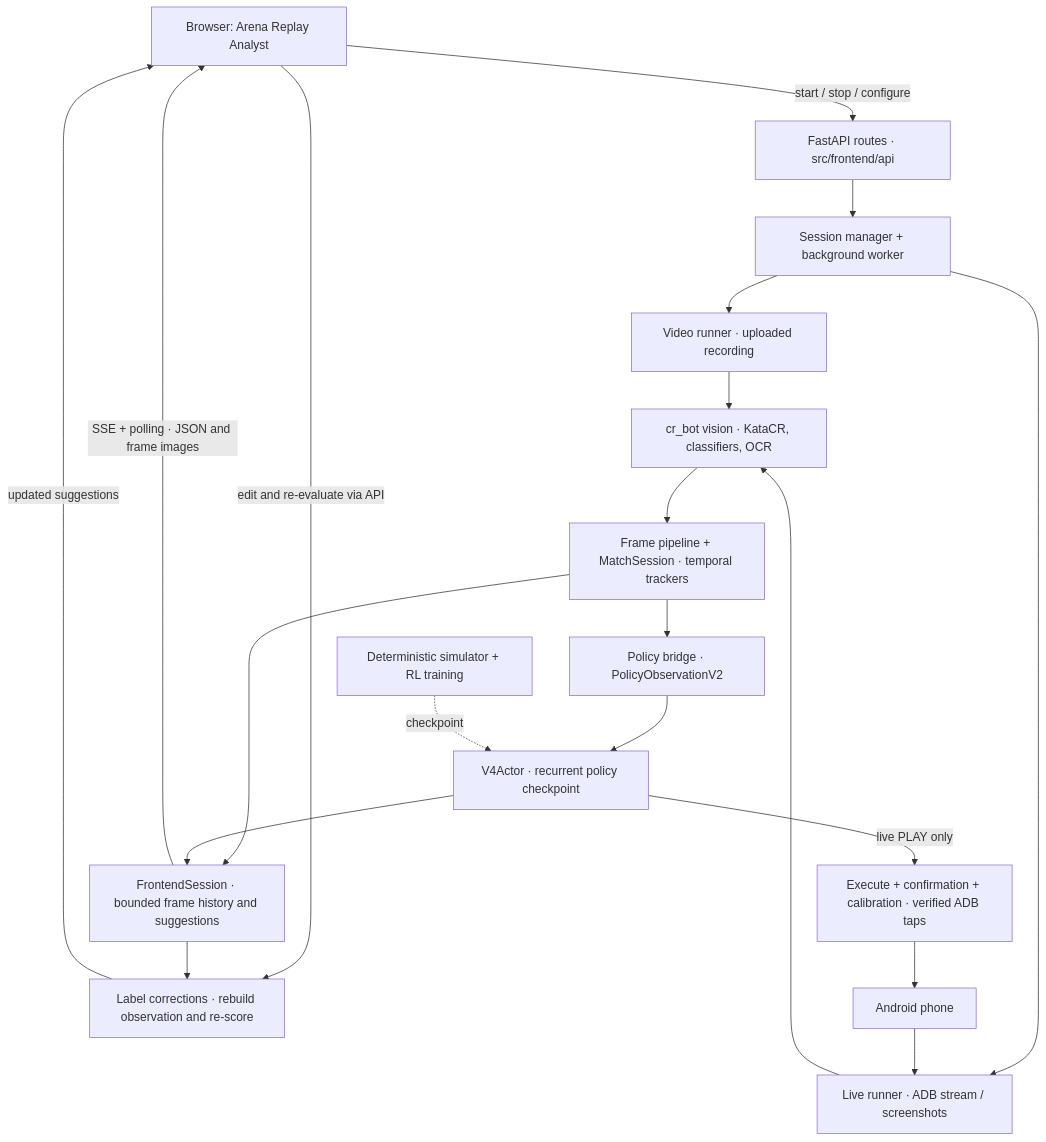
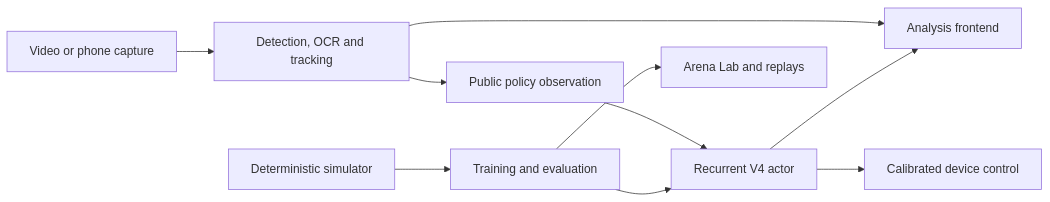
One commit to Keschler/cr-bot changed the diagram in README.md. Above: the diagram before and after it, drawn with Mermaid. The commit also changed other lines of this file and 26 other files, not shown here.

````diff
--- a/README.md
+++ b/README.md
@@ -309,34 +128,12 @@
 ```mermaid
-flowchart TD
-    UI["Browser: Arena Replay Analyst"]
-    API["FastAPI routes · src/frontend/api"]
-    Session["Session manager + background worker"]
-    Video["Video runner · uploaded recording"]
-    Live["Live runner · ADB stream / screenshots"]
-    Vision["cr_bot vision · KataCR, classifiers, OCR"]
-    Tracking["Frame pipeline + MatchSession · temporal trackers"]
-    Bridge["Policy bridge · PolicyObservationV2"]
-    Actor["V4Actor · recurrent policy checkpoint"]
-    Frames["FrontendSession · bounded frame history and suggestions"]
-    Edits["Label corrections · rebuild observation and re-score"]
-    Control["Execute + confirmation + calibration · verified ADB taps"]
-    Phone["Android phone"]
-    Training["Deterministic simulator + RL training"]
-
-    UI -->|start / stop / configure| API
-    API --> Session
-    Session --> Video
-    Session --> Live
-    Phone --> Live
-    Video --> Vision
-    Live --> Vision
-    Vision --> Tracking --> Bridge --> Actor
-    Tracking --> Frames
-    Actor --> Frames
-    Frames -->|SSE + polling · JSON and frame images| UI
-    UI -->|edit and re-evaluate via API| Edits
-    Frames --> Edits
-    Edits -->|updated suggestions| UI
-    Actor -->|live PLAY only| Control --> Phone
-    Training -.->|checkpoint| Actor
+flowchart LR
+    Input["Video or phone capture"] --> Vision["Detection, OCR and tracking"]
+    Vision --> Public["Public policy observation"]
+    Public --> Actor["Recurrent V4 actor"]
+    Vision --> UI["Analysis frontend"]
+    Actor --> UI
+    Actor --> Control["Calibrated device control"]
+    Simulator["Deterministic simulator"] --> Training["Training and evaluation"]
+    Training --> Actor
+    Training --> Viewer["Arena Lab and replays"]
 ```
````
